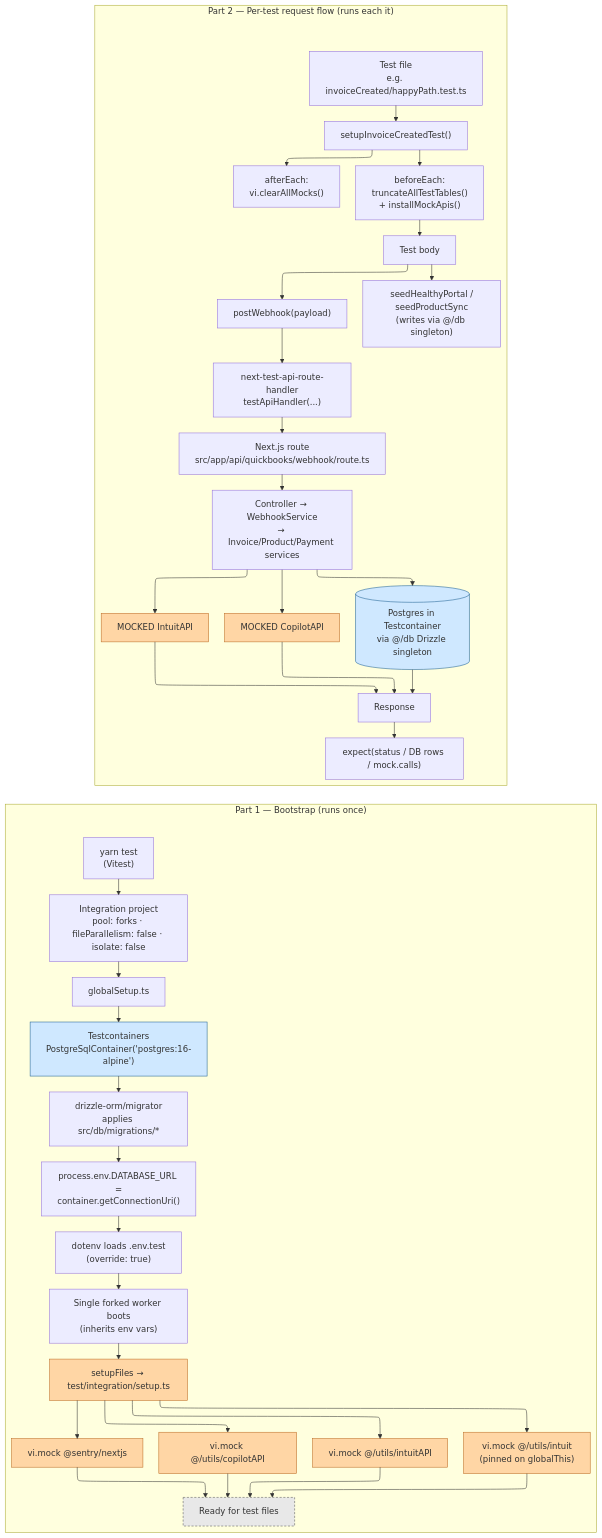
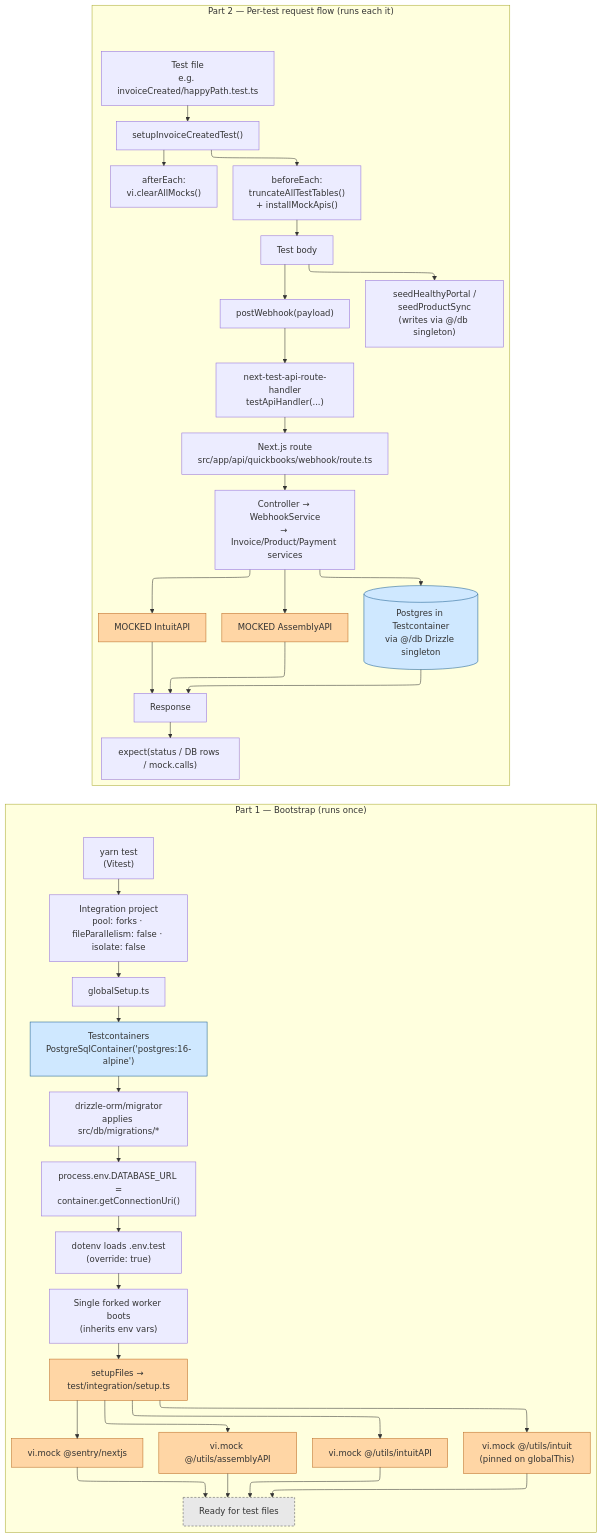
One commit to copilot-platforms/quickbooks-sync changed the second of 2 diagrams in test/diagrams/test-flow.md. Above: the diagram before and after it, drawn with Mermaid. The commit also changed other lines of this file and 15 other files, not shown here.

````diff
--- a/test/diagrams/test-flow.md
+++ b/test/diagrams/test-flow.md
@@ -70,76 +70,76 @@
 ```mermaid
 %%{init: {"flowchart": {"defaultRenderer": "elk"}}}%%
 flowchart LR
     subgraph Bootstrap["Part 1 — Bootstrap (runs once)"]
         direction TB
         A["yarn test<br/>(Vitest)"]
         B["Integration project<br/>pool: forks · fileParallelism: false · isolate: false"]
         C["globalSetup.ts"]
         C1["Testcontainers<br/>PostgreSqlContainer('postgres:16-alpine')"]
         C2["drizzle-orm/migrator<br/>applies src/db/migrations/*"]
         C3["process.env.DATABASE_URL =<br/>container.getConnectionUri()"]
         C4["dotenv loads .env.test<br/>(override: true)"]
         D["Single forked worker boots<br/>(inherits env vars)"]
         E["setupFiles → test/integration/setup.ts"]
-        E1["vi.mock @/utils/copilotAPI"]
+        E1["vi.mock @/utils/assemblyAPI"]
         E2["vi.mock @/utils/intuitAPI"]
         E3["vi.mock @/utils/intuit<br/>(pinned on globalThis)"]
         E4["vi.mock @sentry/nextjs"]
         R["Ready for test files"]
 
         A --> B --> C --> C1 --> C2 --> C3 --> C4 --> D --> E
         E --> E1
         E --> E2
         E --> E3
         E --> E4
         E1 --> R
         E2 --> R
         E3 --> R
         E4 --> R
     end
 
     subgraph PerTest["Part 2 — Per-test request flow (runs each it)"]
         direction TB
         F["Test file<br/>e.g. invoiceCreated/happyPath.test.ts"]
         G["setupInvoiceCreatedTest()"]
         G1["beforeEach:<br/>truncateAllTestTables()<br/>+ installMockApis()"]
         G2["afterEach:<br/>vi.clearAllMocks()"]
         H["Test body"]
         H1["seedHealthyPortal /<br/>seedProductSync<br/>(writes via @/db singleton)"]
         H2["postWebhook(payload)"]
         I["next-test-api-route-handler<br/>testApiHandler(...)"]
         J["Next.js route<br/>src/app/api/quickbooks/webhook/route.ts"]
         K["Controller → WebhookService<br/>→ Invoice/Product/Payment services"]
         L1[("Postgres in Testcontainer<br/>via @/db Drizzle singleton")]
-        L2["MOCKED CopilotAPI"]
+        L2["MOCKED AssemblyAPI"]
         L3["MOCKED IntuitAPI"]
         M["Response"]
         N["expect(status / DB rows / mock.calls)"]
 
         F --> G
         G --> G1
         G --> G2
         G1 --> H
         H --> H1
         H --> H2
         H2 --> I --> J --> K
         K --> L1
         K --> L2
         K --> L3
         L1 --> M
         L2 --> M
         L3 --> M
         M --> N
     end
 
     style C1 fill:#cfe8ff,stroke:#1e6091
     style L1 fill:#cfe8ff,stroke:#1e6091
     style E fill:#ffd6a5,stroke:#bc6c25
     style E1 fill:#ffd6a5,stroke:#bc6c25
     style E2 fill:#ffd6a5,stroke:#bc6c25
     style E3 fill:#ffd6a5,stroke:#bc6c25
     style E4 fill:#ffd6a5,stroke:#bc6c25
     style L2 fill:#ffd6a5,stroke:#bc6c25
     style L3 fill:#ffd6a5,stroke:#bc6c25
     style R fill:#e8e8e8,stroke:#555,stroke-dasharray: 4 3
 ```
````
